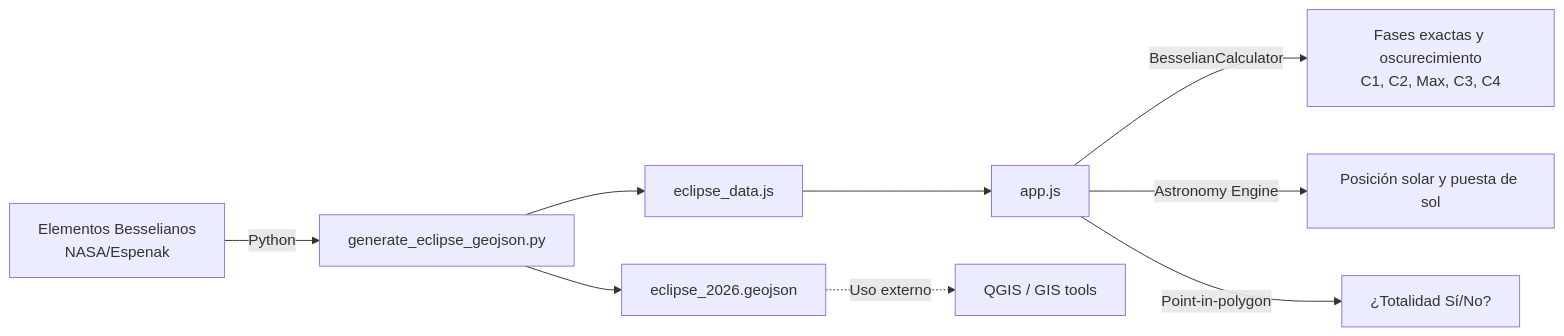
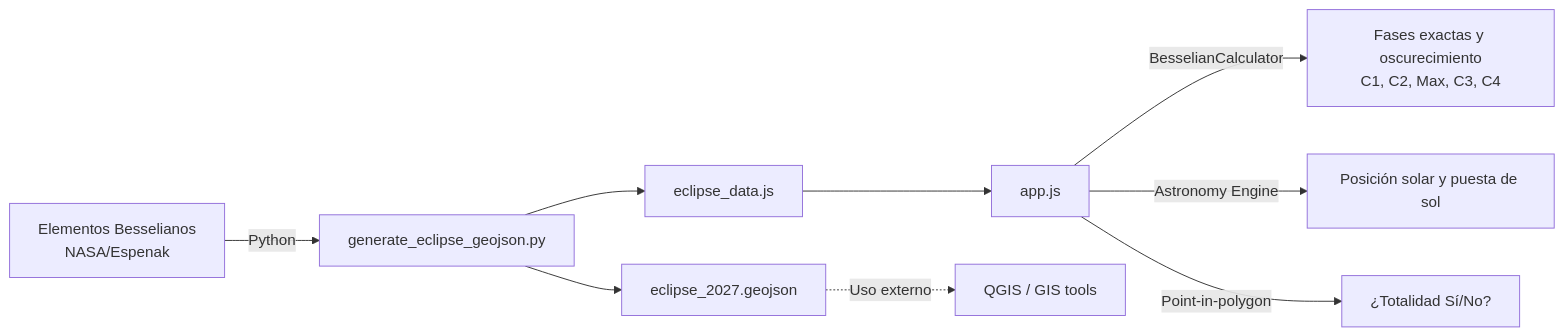
One commit to MarcoPro/spaineclipse2026 changed the diagram in README.md. Above: the diagram before and after it, drawn with Mermaid. The commit also changed other lines of this file and 20 other files, not shown here.

````diff
--- a/README.md
+++ b/README.md
@@ -66,11 +66,11 @@
 ```mermaid
 graph LR
     A[Elementos Besselianos<br>NASA/Espenak] -->|Python| B[generate_eclipse_geojson.py]
-    B --> C[eclipse_2026.geojson]
+    B --> C[eclipse_2027.geojson]
     B --> D[eclipse_data.js]
     D --> E[app.js]
     E -->|BesselianCalculator| F[Fases exactas y oscurecimiento<br>C1, C2, Max, C3, C4]
     E -->|Astronomy Engine| I[Posición solar y puesta de sol]
     E -->|Point-in-polygon| G[¿Totalidad Sí/No?]
     C -.->|Uso externo| H[QGIS / GIS tools]
 ```
````
